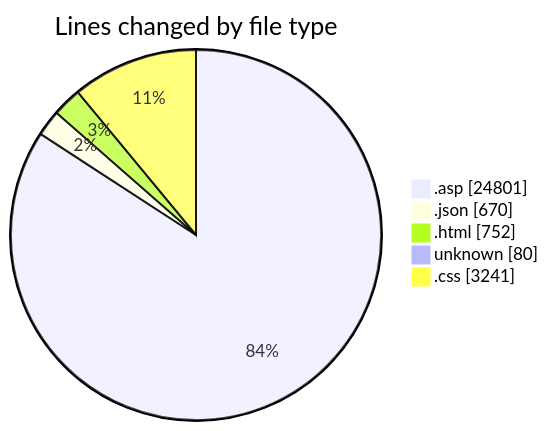
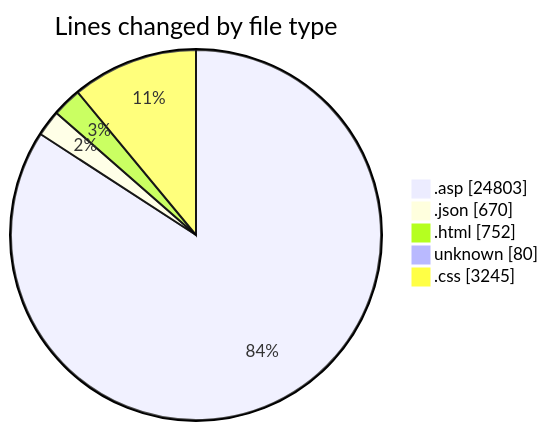
The first of 2 diagrams in 2025-11-01/cdp_aleoudev_fr__workspace_/README.md (julien-gomy/code-tracking), drawn with Mermaid before and after one commit. The commit also changed other lines of this file and 1 other file, not shown here.

````diff
--- a/2025-11-01/cdp_aleoudev_fr__workspace_/README.md
+++ b/2025-11-01/cdp_aleoudev_fr__workspace_/README.md
@@ -37,9 +37,9 @@
 ```mermaid
 pie showData
 title Lines changed by file type
-".asp" : 24801
+".asp" : 24803
 ".json" : 670
 ".html" : 752
 "unknown" : 80
-".css" : 3241
+".css" : 3245
 ```
````
